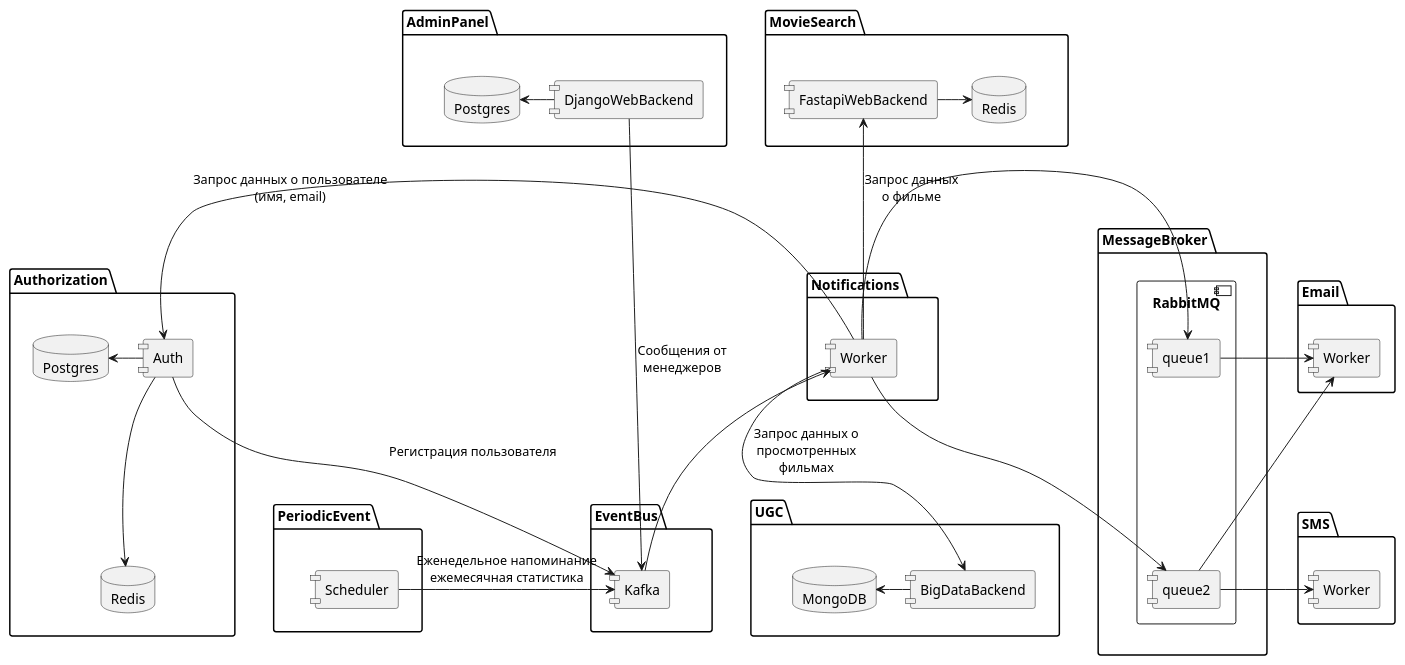
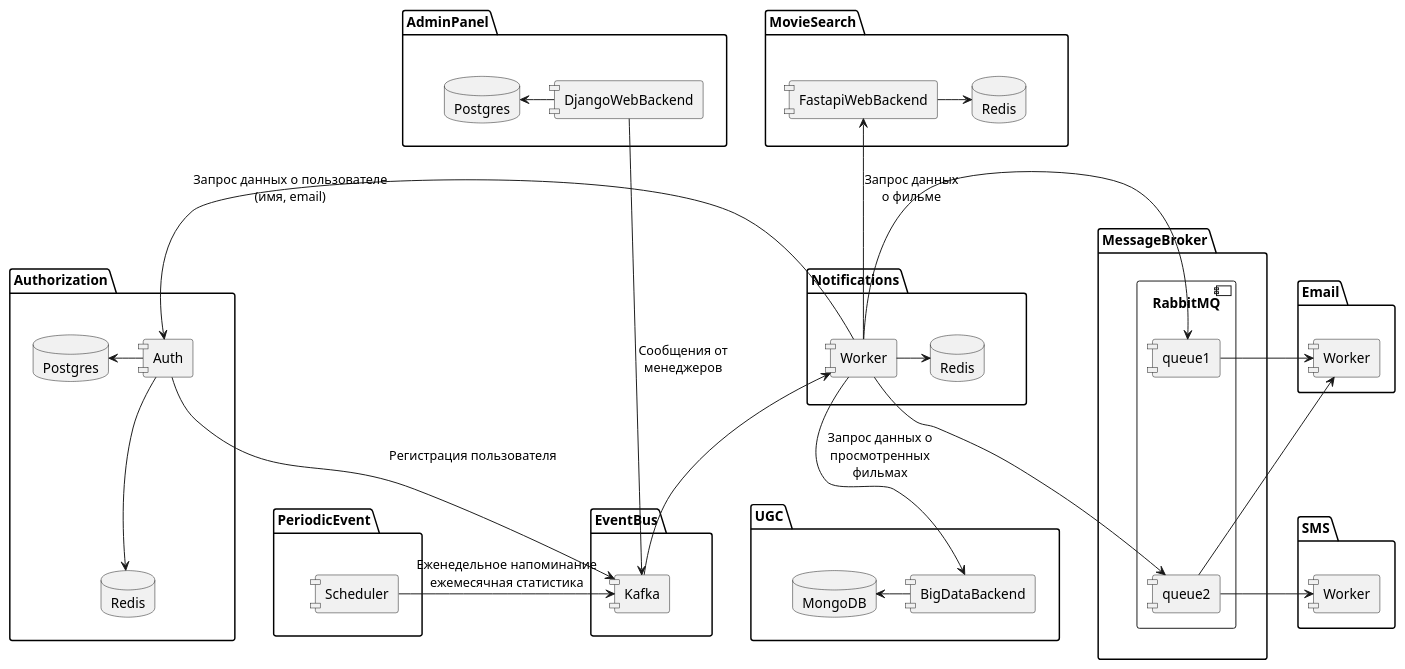
The diagram in docs/architecture/notifications_architecture.puml (AlexanderNkn/notifications_sprint_1), drawn with PlantUML before and after one commit. The commit also changed 2 other files, not shown here.

Commit message:
added detailes to diagram

```diff
--- a/docs/architecture/notifications_architecture.puml
+++ b/docs/architecture/notifications_architecture.puml
@@ -1,79 +1,81 @@
 "@startuml Notifications architecture"
 skinparam componentStyle uml1
 
 package Authorization {
     component Auth
     database Redis as redis2
     database Postgres as postgres2
 }
 
 package AdminPanel {
     component DjangoWebBackend as django
     database Postgres as postgres1
 }
 
 package PeriodicEvent {
     component Scheduler
 }
 
 package EventBus {
     component Kafka
 }
 
 package Notifications {
     component Worker as worker1
+    database Redis as redis3
 }
 
 package MessageBroker {
     component RabbitMQ as rabbit {
         component queue1 as queue1
         component queue2 as queue2
         queue1 -[hidden]-> queue2
     }
 }
 
 package Email {
     component Worker as worker2
 }
 
 package SMS {
     component Worker as worker3
 }
 
 package MovieSearch {
     component FastapiWebBackend as fastapi
     database Redis as redis1
 }
 
 package UGC {
     component BigDataBackend as bigdata
     database MongoDB as mongo
 }
 
 
 AdminPanel -[hidden]-> Authorization
 Authorization -[hidden]-> PeriodicEvent
 Notifications -[hidden]-> MessageBroker
 Notifications -[hidden]-> EventBus
 MovieSearch -[hidden]-> Notifications
 Notifications -[hidden]-> UGC
 
 django -l-> postgres1
 django -> Kafka: Сообщения от\nменеджеров
 fastapi -r-> redis1
 Auth -l-> postgres2
 Auth -d-> redis2
 Auth -r-> Kafka: Регистрация пользователя
 Scheduler -r-> Kafka: Еженедельное напоминание\nежемесячная статистика
 Kafka -l-> worker1
 worker1 -l-> queue1
 worker1 -l-> queue2
 queue1 -l-> worker2
 queue2 -l-> worker2
 queue2 -l-> worker3
 worker1 -> Auth: Запрос данных о пользователе\n(имя, email)
 worker1 -> fastapi: Запрос данных\nо фильме
 bigdata -l-> mongo
 worker1 -> bigdata: Запрос данных о\nпросмотренных\nфильмах
+worker1 -> redis3
 
 @enduml 
```
